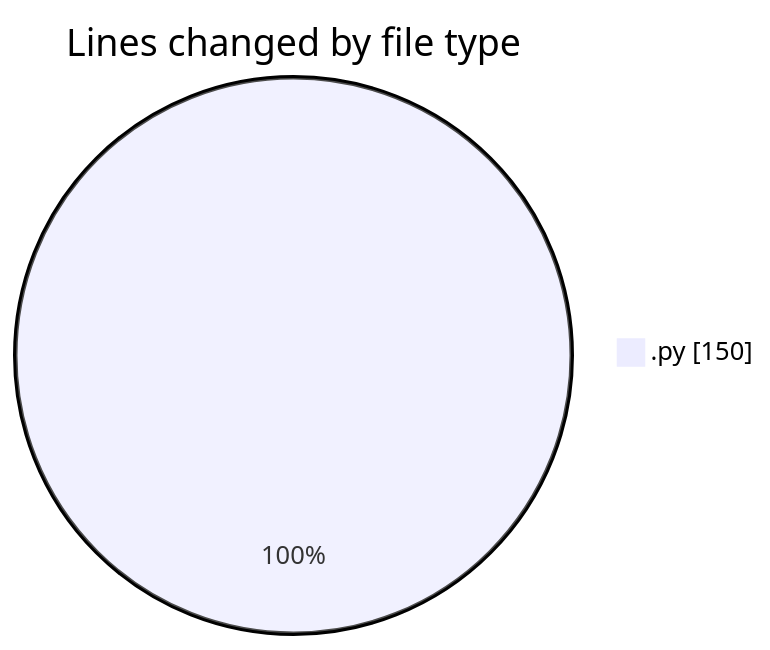
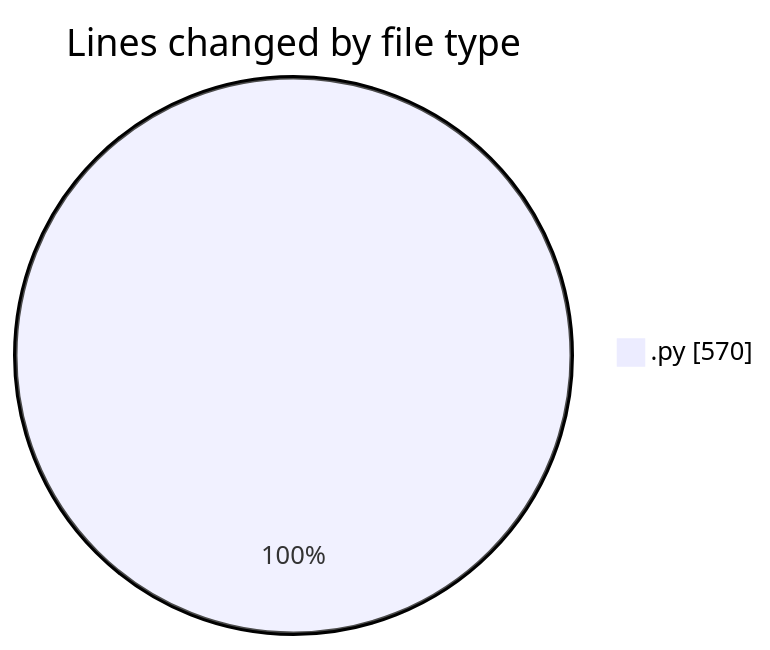
One commit to julien-gomy/code-tracking changed the first of 2 diagrams in 2025-11-18/eventscop-api-guide__workspace_/README.md. Above: the diagram before and after it, drawn with Mermaid. The commit also changed other lines of this file and 1 other file, not shown here.

````diff
--- a/2025-11-18/eventscop-api-guide__workspace_/README.md
+++ b/2025-11-18/eventscop-api-guide__workspace_/README.md
@@ -22,5 +23,5 @@
 ```mermaid
 pie showData
 title Lines changed by file type
-".py" : 150
+".py" : 570
 ```
````
